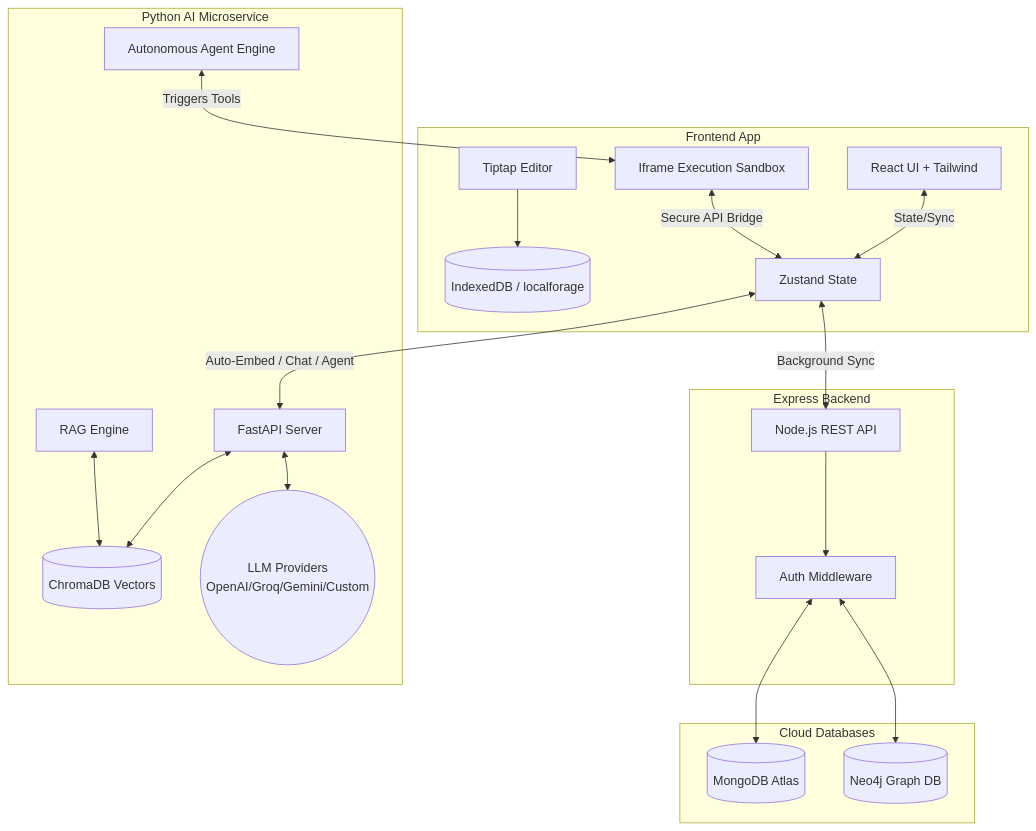
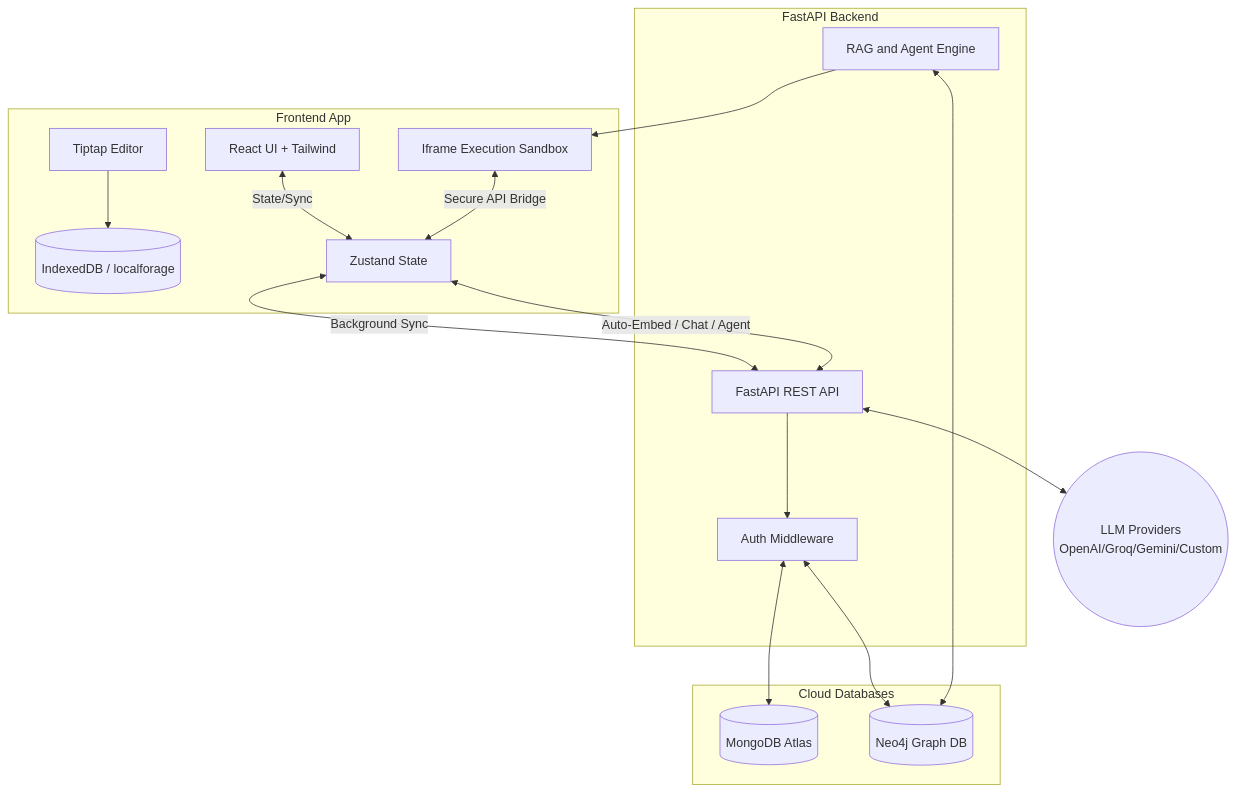
The first of 3 diagrams in README.md (KunalGupta25/NoterootAI), drawn with Mermaid before and after one commit. The commit also changed other lines of this file and 14 other files, not shown here.

````diff
--- a/README.md
+++ b/README.md
@@ -37,47 +37,39 @@
 ```mermaid
 graph TD
     %% Client Tier
     subgraph Client [Frontend App]
         UI[React UI + Tailwind]
         Editor[Tiptap Editor]
         LocalDB[(IndexedDB / localforage)]
         Store[Zustand State]
         Sandbox[Iframe Execution Sandbox]
     end
 
-    %% Server Tier
-    subgraph Server [Express Backend]
-        API[Node.js REST API]
+    subgraph Server [FastAPI Backend]
+        API[FastAPI REST API]
         Auth[Auth Middleware]
+        RAG[RAG and Agent Engine]
     end
 
     %% Database Tier
     subgraph Databases [Cloud Databases]
         Mongo[(MongoDB Atlas)]
         Neo4j[(Neo4j Graph DB)]
     end
 
-    %% AI Tier
-    subgraph AIService [Python AI Microservice]
-        FastAPI[FastAPI Server]
-        RAG[RAG Engine]
-        Agent[Autonomous Agent Engine]
-        Chroma[(ChromaDB Vectors)]
-        LLM((LLM Providers\nOpenAI/Groq/Gemini/Custom))
-    end
+    LLM((LLM Providers\nOpenAI/Groq/Gemini/Custom))
 
     %% Connections
     UI <-->|State/Sync| Store
     Editor --> LocalDB
     Store <-->|Background Sync| API
     API --> Auth
     Auth <--> Mongo
     Auth <--> Neo4j
 
-    Store <-->|Auto-Embed / Chat / Agent| FastAPI
+    Store <-->|Auto-Embed / Chat / Agent| API
     Sandbox <-->|Secure API Bridge| Store
-    FastAPI <--> Chroma
-    FastAPI <--> LLM
-    RAG <--> Chroma
-    Agent <-->|Triggers Tools| Sandbox
+    API <--> LLM
+    RAG <--> Neo4j
+    RAG --> Sandbox
 ```
````
